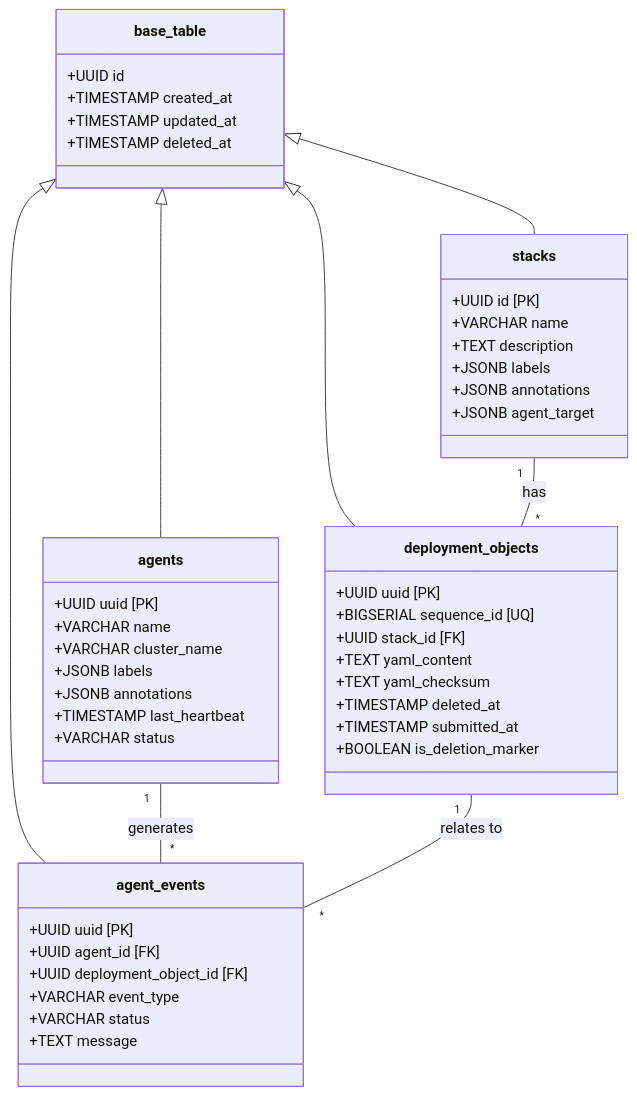
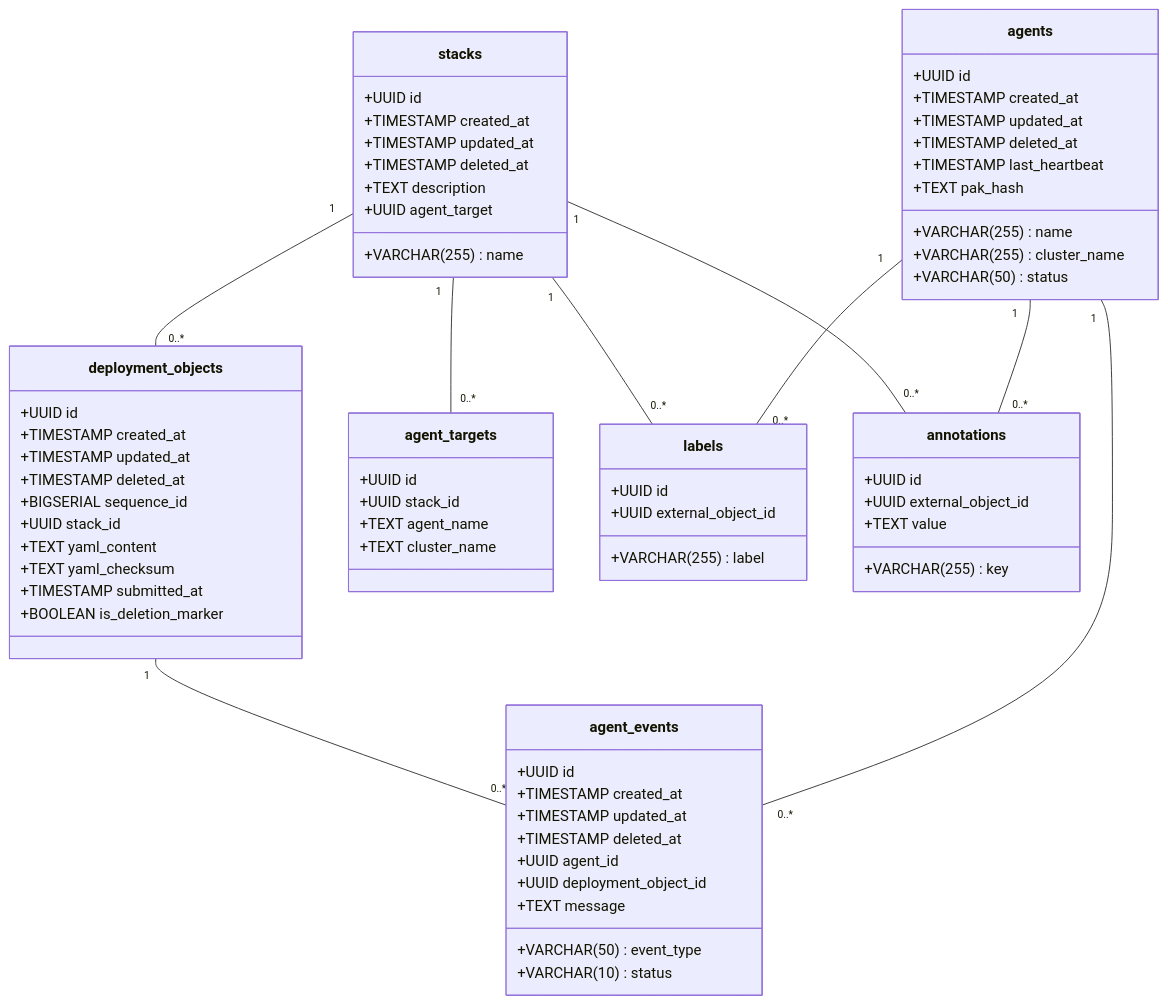
The diagram in DATAMODEL.md (colliery-io/brokkr), drawn with Mermaid before and after one commit. The commit also changed other lines of this file and 16 other files, not shown here.

````diff
--- a/DATAMODEL.md
+++ b/DATAMODEL.md
@@ -3,51 +3,79 @@
 ```mermaid
 classDiagram
-    class base_table {
+    class stacks {
         +UUID id
         +TIMESTAMP created_at
         +TIMESTAMP updated_at
         +TIMESTAMP deleted_at
+        +VARCHAR(255) name
+        +TEXT description
+        +UUID agent_target
     }
+    
     class agents {
-        +UUID uuid [PK]
-        +VARCHAR name
-        +VARCHAR cluster_name
-        +JSONB labels
-        +JSONB annotations
+        +UUID id
+        +TIMESTAMP created_at
+        +TIMESTAMP updated_at
+        +TIMESTAMP deleted_at
+        +VARCHAR(255) name
+        +VARCHAR(255) cluster_name
         +TIMESTAMP last_heartbeat
-        +VARCHAR status
+        +VARCHAR(50) status
+        +TEXT pak_hash
     }
+    
     class deployment_objects {
-        +UUID uuid [PK]
-        +BIGSERIAL sequence_id [UQ]
-        +UUID stack_id [FK]
+        +UUID id
+        +TIMESTAMP created_at
+        +TIMESTAMP updated_at
+        +TIMESTAMP deleted_at
+        +BIGSERIAL sequence_id
+        +UUID stack_id
         +TEXT yaml_content
         +TEXT yaml_checksum
-        +TIMESTAMP deleted_at
         +TIMESTAMP submitted_at
         +BOOLEAN is_deletion_marker
     }
-    class stacks {
-        +UUID id [PK]
-        +VARCHAR name
-        +TEXT description
-        +JSONB labels
-        +JSONB annotations
-        +JSONB agent_target
-    }
+    
     class agent_events {
-        +UUID uuid [PK]
-        +UUID agent_id [FK]
-        +UUID deployment_object_id [FK]
-        +VARCHAR event_type
-        +VARCHAR status
+        +UUID id
+        +TIMESTAMP created_at
+        +TIMESTAMP updated_at
+        +TIMESTAMP deleted_at
+        +UUID agent_id
+        +UUID deployment_object_id
+        +VARCHAR(50) event_type
+        +VARCHAR(10) status
         +TEXT message
     }
-    base_table <|-- agents
-    base_table <|-- stacks
-    base_table <|-- agent_events
-    base_table <|-- deployment_objects
-    stacks "1" -- "*" deployment_objects : has
-    agents "1" -- "*" agent_events : generates
-    deployment_objects "1" -- "*" agent_events : relates to
+    
+    class agent_targets {
+        +UUID id
+        +UUID stack_id
+        +TEXT agent_name
+        +TEXT cluster_name
+    }
+    
+    class labels {
+        +UUID id
+        +UUID external_object_id
+        +VARCHAR(255) label
+    }
+    
+    class annotations {
+        +UUID id
+        +UUID external_object_id
+        +VARCHAR(255) key
+        +TEXT value
+    }
+    
+    stacks "1" -- "0..*" deployment_objects
+    stacks "1" -- "0..*" agent_targets
+    agents "1" -- "0..*" agent_events
+    deployment_objects "1" -- "0..*" agent_events
+    agents "1" -- "0..*" labels
+    agents "1" -- "0..*" annotations
+    stacks "1" -- "0..*" labels
+    stacks "1" -- "0..*" annotations
+
 ```
````
